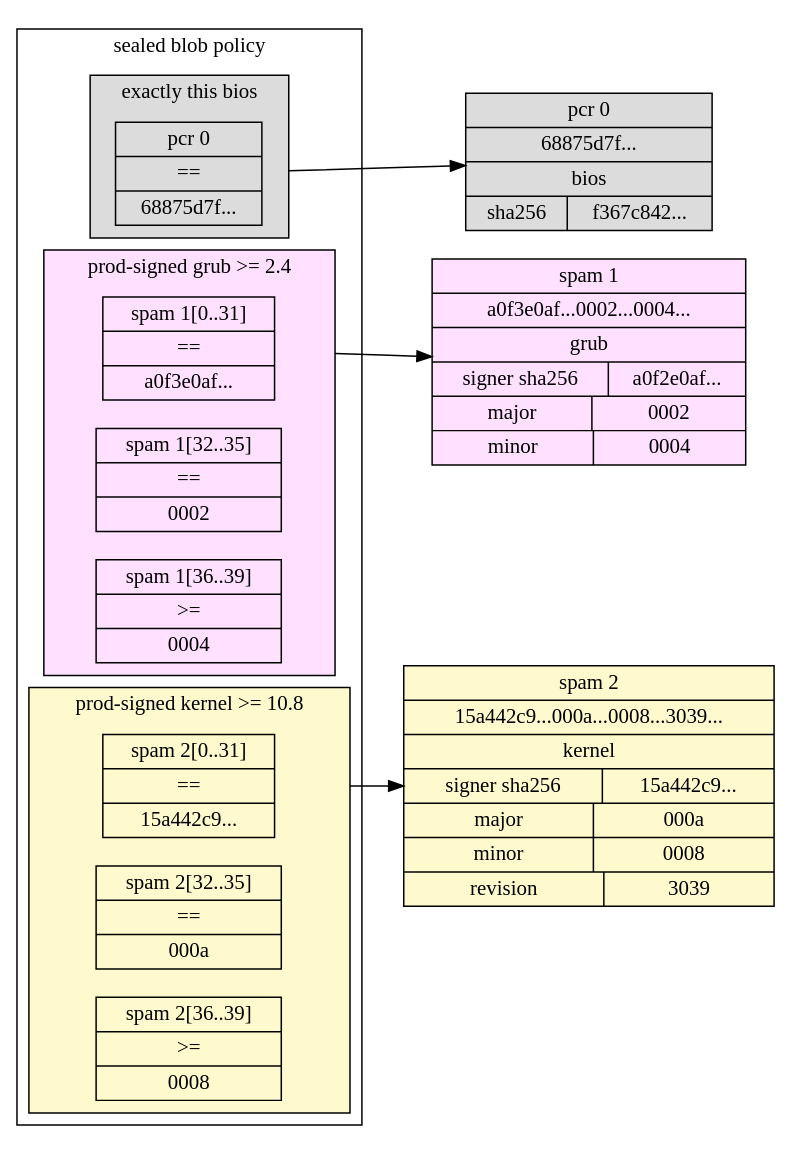
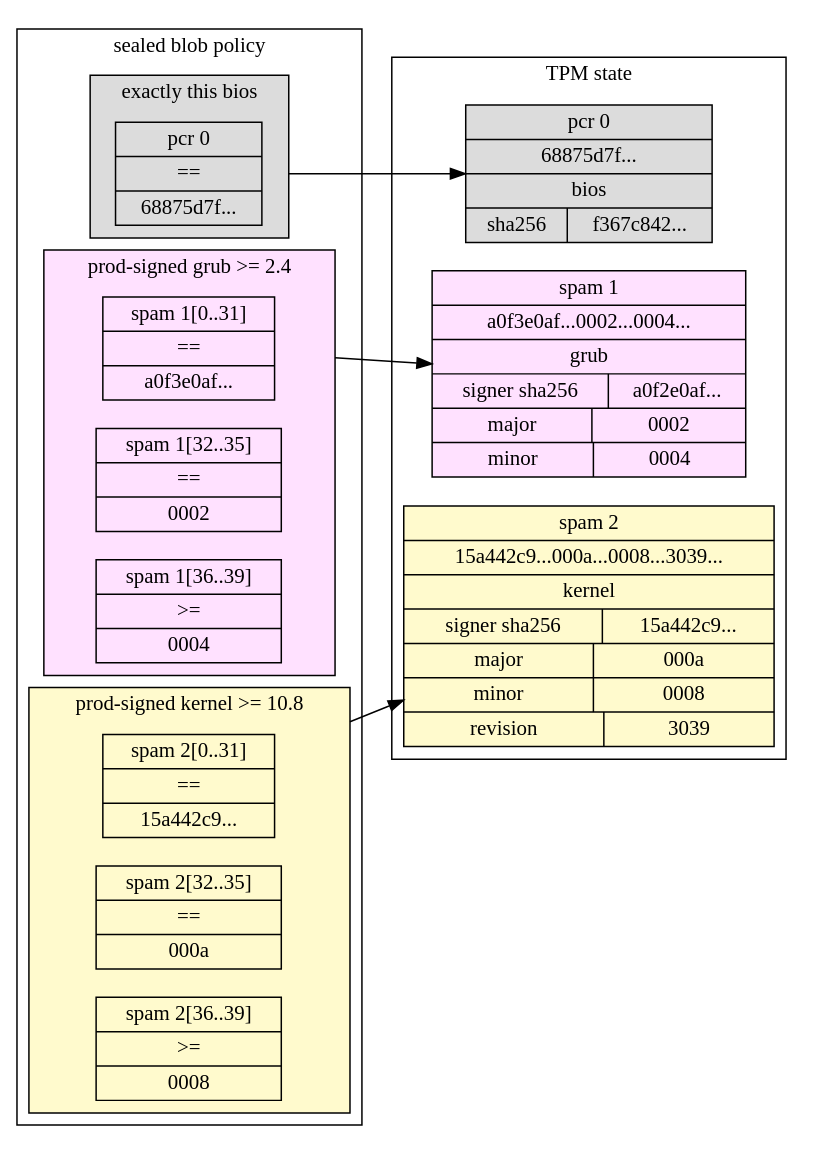
One commit to chrisfenner/tpm-spam changed the diagram in img/example.dot. Above: the diagram before and after it, drawn with Graphviz. The commit also changed 1 other file, not shown here.

Commit message:
Show that the PCR and spams are in the TPM state

```diff
--- a/img/example.dot
+++ b/img/example.dot
@@ -1,43 +1,45 @@
 digraph D {
 	graph [compound=true];
 	rankdir=LR
-	{rank=same pcr_0 spam_1 spam_2}
 
-	pcr_0 [shape=record label="pcr 0|68875d7f...|bios|{sha256|f367c842...}" fillcolor="gainsboro" style="filled"];
+	subgraph cluster_2 {
+		label="TPM state"
+		{rank=same pcr_0 spam_1 spam_2}
 
-	spam_1 [shape=record label="spam 1|a0f3e0af...0002...0004...|grub|{signer sha256|a0f2e0af...}|{major|0002}|{minor|0004}" fillcolor="thistle1" style="filled"];
-
-	spam_2 [shape=record label="spam 2|15a442c9...000a...0008...3039...|kernel|{signer sha256|15a442c9...}|{major|000a}|{minor|0008}|{revision|3039}" fillcolor="lemonchiffon" style="filled"];
+		pcr_0 [shape=record label="pcr 0|68875d7f...|bios|{sha256|f367c842...}" fillcolor="gainsboro" style="filled"];
+		spam_1 [shape=record label="spam 1|a0f3e0af...0002...0004...|grub|{signer sha256|a0f2e0af...}|{major|0002}|{minor|0004}" fillcolor="thistle1" style="filled"];
+		spam_2 [shape=record label="spam 2|15a442c9...000a...0008...3039...|kernel|{signer sha256|15a442c9...}|{major|000a}|{minor|0008}|{revision|3039}" fillcolor="lemonchiffon" style="filled"];
+	}
 
 	subgraph cluster_0 {
 		label="sealed blob policy"
 		subgraph cluster_1 {
 			label="exactly this bios"
 			fillcolor="gainsboro"
 			style="filled"
 			ibb_policy [shape=record label="pcr 0|==|68875d7f..."];
 		}
 		subgraph cluster_3 {
 			{rank=same grub_policy_0 grub_policy_1 grub_policy_2}
 			label="prod-signed grub >= 2.4"
 			fillcolor="thistle1"
 			style="filled"
 			grub_policy_0 [shape=record label="spam 1[0..31]|==|a0f3e0af..."];
 			grub_policy_1 [shape=record label="spam 1[32..35]|==|0002"];
 			grub_policy_2 [shape=record label="spam 1[36..39]|\>=|0004"];
 		}
 		subgraph cluster_4 {
 			{rank=same kernel_policy_0 kernel_policy_1 kernel_policy_2}
 			label="prod-signed kernel >= 10.8"
 			fillcolor="lemonchiffon"
 			style="filled"
 			kernel_policy_0 [shape=record label="spam 2[0..31]|==|15a442c9..."];
 			kernel_policy_1 [shape=record label="spam 2[32..35]|==|000a"];
 			kernel_policy_2 [shape=record label="spam 2[36..39]|\>=|0008"];
 		}
 	}
 
 	ibb_policy -> pcr_0 [ltail=cluster_1];
 	grub_policy_0 -> spam_1 [ltail=cluster_3];
 	kernel_policy_0 -> spam_2 [ltail=cluster_4];
 }
```
